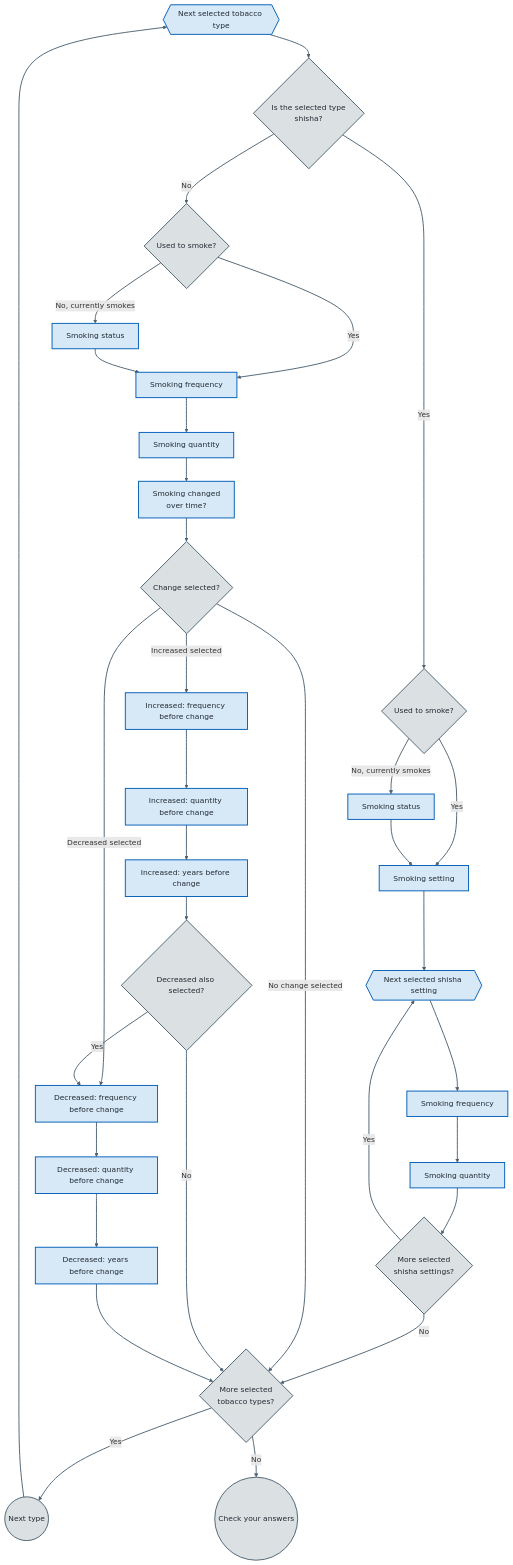
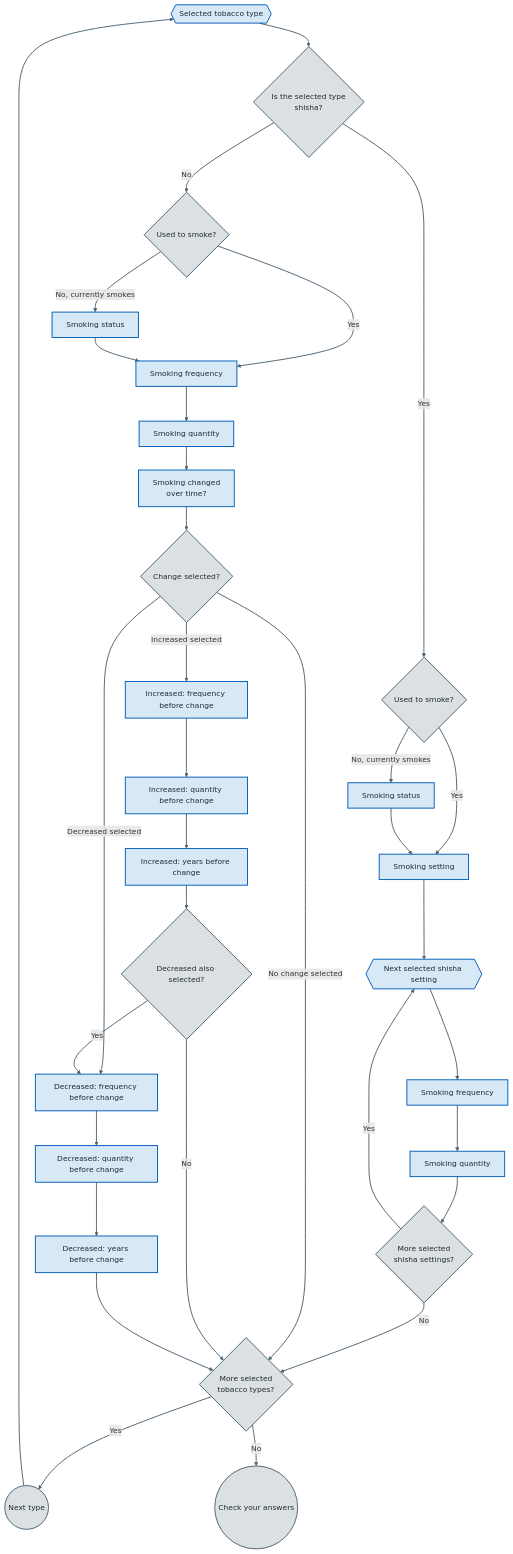
Before and after one commit to NHSDigital/prototype-lung-health-check: the second of 2 diagrams in app/prototype_v4_1/docs/question-flow.md, drawn with Mermaid. The commit also changed other lines of this file and 3 other files, not shown here.

Commit message:
Update flow diagram content

````diff
--- a/app/prototype_v4_1/docs/question-flow.md
+++ b/app/prototype_v4_1/docs/question-flow.md
@@ -105,48 +107,48 @@
 ```mermaid
 flowchart TD
-  selectedType{{Next selected tobacco type}} --> isShisha{"Is the selected type<br>shisha?"}
+  selectedType{{Selected tobacco type}} --> isShisha{"Is the selected type<br>shisha?"}
 
   isShisha -- Yes --> shishaPast{"Used to smoke?"}
   shishaPast -- No, currently smokes --> shishaStatus["Smoking status"]
   shishaPast -- Yes --> setting["Smoking setting"]
   shishaStatus --> setting
   setting --> selectedSetting{{Next selected shisha setting}}
   selectedSetting --> shishaFrequency["Smoking frequency"]
   shishaFrequency --> shishaQuantity["Smoking quantity"]
   shishaQuantity --> moreSettings{"More selected<br>shisha settings?"}
   moreSettings -- Yes --> selectedSetting
   moreSettings -- No --> moreTypes
 
   isShisha -- No --> past{"Used to smoke?"}
   past -- No, currently smokes --> status["Smoking status"]
   past -- Yes --> frequency["Smoking frequency"]
   status --> frequency["Smoking frequency"]
   frequency --> quantity["Smoking quantity"]
   quantity --> changed["Smoking changed<br>over time?"]
 
   changed --> changedDecision{"Change selected?"}
   changedDecision -- No change selected --> moreTypes
   changedDecision -- Increased selected --> increasedFrequency["Increased: frequency before change"]
   increasedFrequency --> increasedQuantity["Increased: quantity before change"]
   increasedQuantity --> increasedYears["Increased: years before change"]
   increasedYears --> decreasedSelected{"Decreased also selected?"}
 
   changedDecision -- Decreased selected --> decreasedFrequency["Decreased: frequency before change"]
   decreasedSelected -- Yes --> decreasedFrequency
   decreasedSelected -- No --> moreTypes
 
   decreasedFrequency --> decreasedQuantity["Decreased: quantity before change"]
   decreasedQuantity --> decreasedYears["Decreased: years before change"]
   decreasedYears --> moreTypes
 
   moreTypes{"More selected<br>tobacco types?"}
   moreTypes -- Yes --> nextType((Next type))
   nextType --> selectedType
   moreTypes -- No --> cya((Check your answers))
   classDef controlFlow fill:#dbe0e3,stroke:#4c6272,color:#212b32,stroke-width:2px
   classDef process fill:#d7e8f7,stroke:#005eb8,color:#212b32,stroke-width:2px
   classDef data fill:#d9f3f0,stroke:#00a499,color:#212b32,stroke-width:2px
   linkStyle default stroke:#4c6272,stroke-width:2px
   class changedDecision,cya,decreasedSelected,isShisha,moreSettings,moreTypes,nextType,past,shishaPast controlFlow
   class changed,decreasedFrequency,decreasedQuantity,decreasedYears,frequency,increasedFrequency,increasedQuantity,increasedYears,quantity,selectedSetting,selectedType,setting,shishaFrequency,shishaQuantity,shishaStatus,status process
 ```
````
